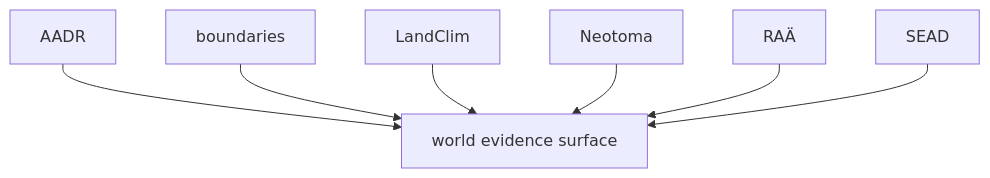
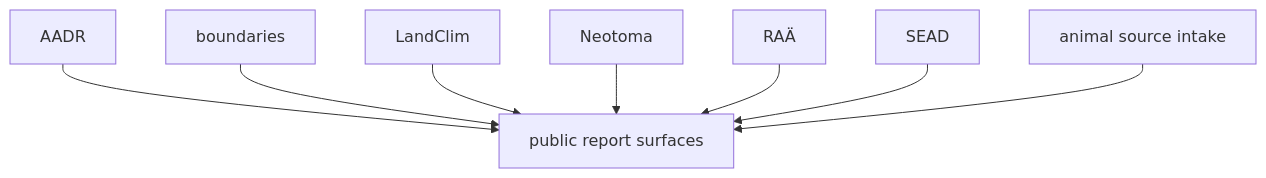
Before and after one commit to bijux/bijux-pollenomics: the diagram in docs/public/pollenomics-data/sources/source-comparison.md, drawn with Mermaid. The commit also changed other lines of this file and 13 other files, not shown here.

Commit message:
docs(data): rewrite the public source-family guides

````diff
--- a/docs/public/pollenomics-data/sources/source-comparison.md
+++ b/docs/public/pollenomics-data/sources/source-comparison.md
@@ -18,17 +18,19 @@
 ```mermaid
 flowchart TB
     aadr["AADR"]
     boundaries["boundaries"]
     landclim["LandClim"]
     neotoma["Neotoma"]
     raa["RAÄ"]
     sead["SEAD"]
-    atlas["world evidence surface"]
+    animals["animal source intake"]
+    atlas["public report surfaces"]
 
     aadr --> atlas
     boundaries --> atlas
     landclim --> atlas
     neotoma --> atlas
     raa --> atlas
     sead --> atlas
+    animals --> atlas
 ```
````
